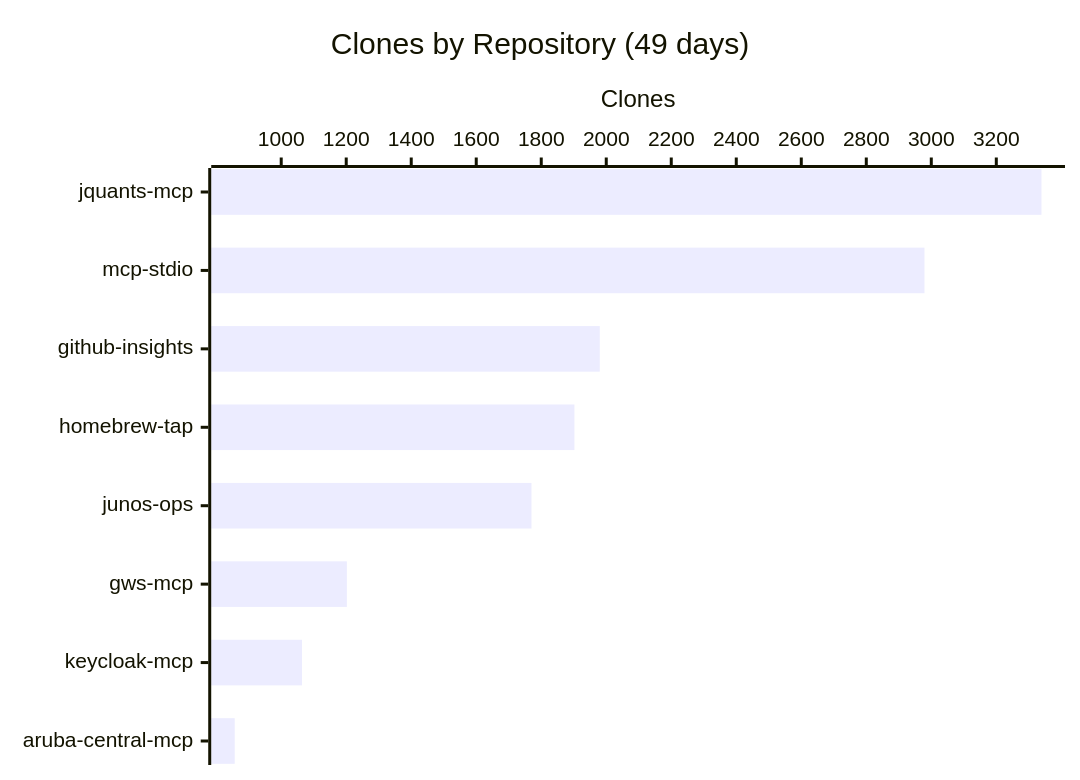
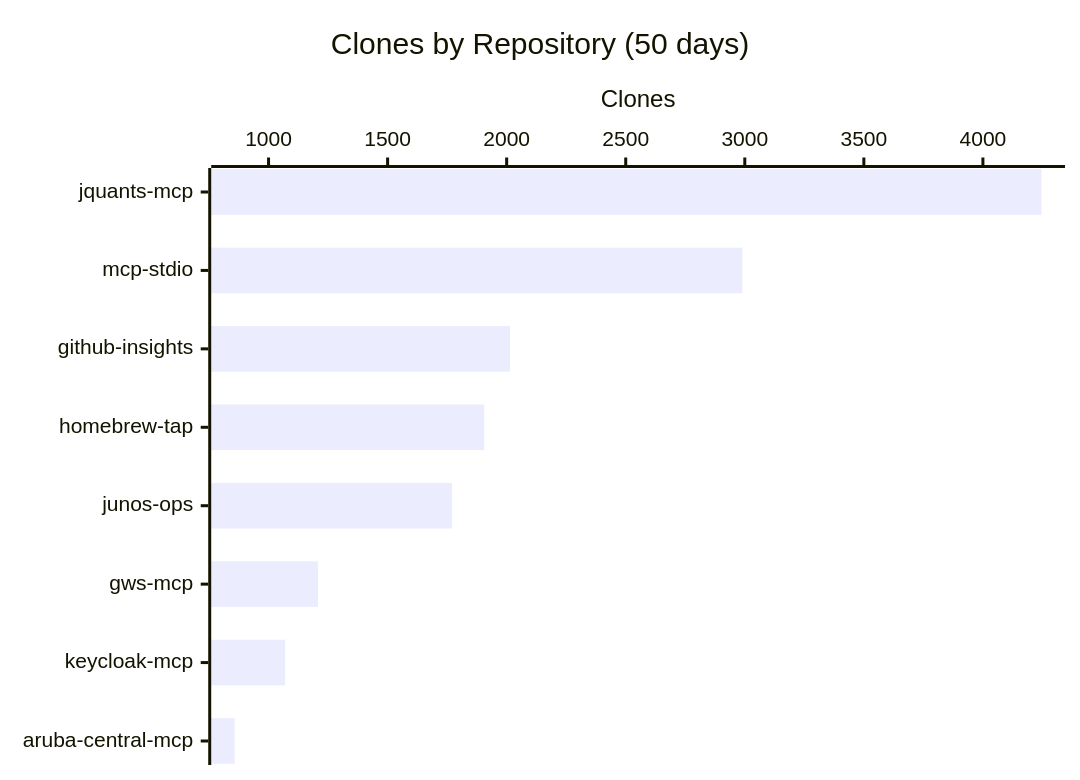
Before and after one commit to shigechika/github-insights: the third of 3 diagrams in README.md, drawn with Mermaid. The commit also changed other lines of this file and 2 other files, not shown here.

````diff
--- a/README.md
+++ b/README.md
@@ -38,7 +38,7 @@
 ```mermaid
 xychart-beta horizontal
-    title "Clones by Repository (49 days)"
+    title "Clones by Repository (50 days)"
     x-axis ["jquants-mcp", "mcp-stdio", "github-insights", "homebrew-tap", "junos-ops", "gws-mcp", "keycloak-mcp", "aruba-central-mcp"]
     y-axis "Clones"
-    bar [3339, 2979, 1980, 1902, 1770, 1202, 1064, 857]
+    bar [4246, 2990, 2014, 1906, 1770, 1208, 1069, 858]
 ```
````
